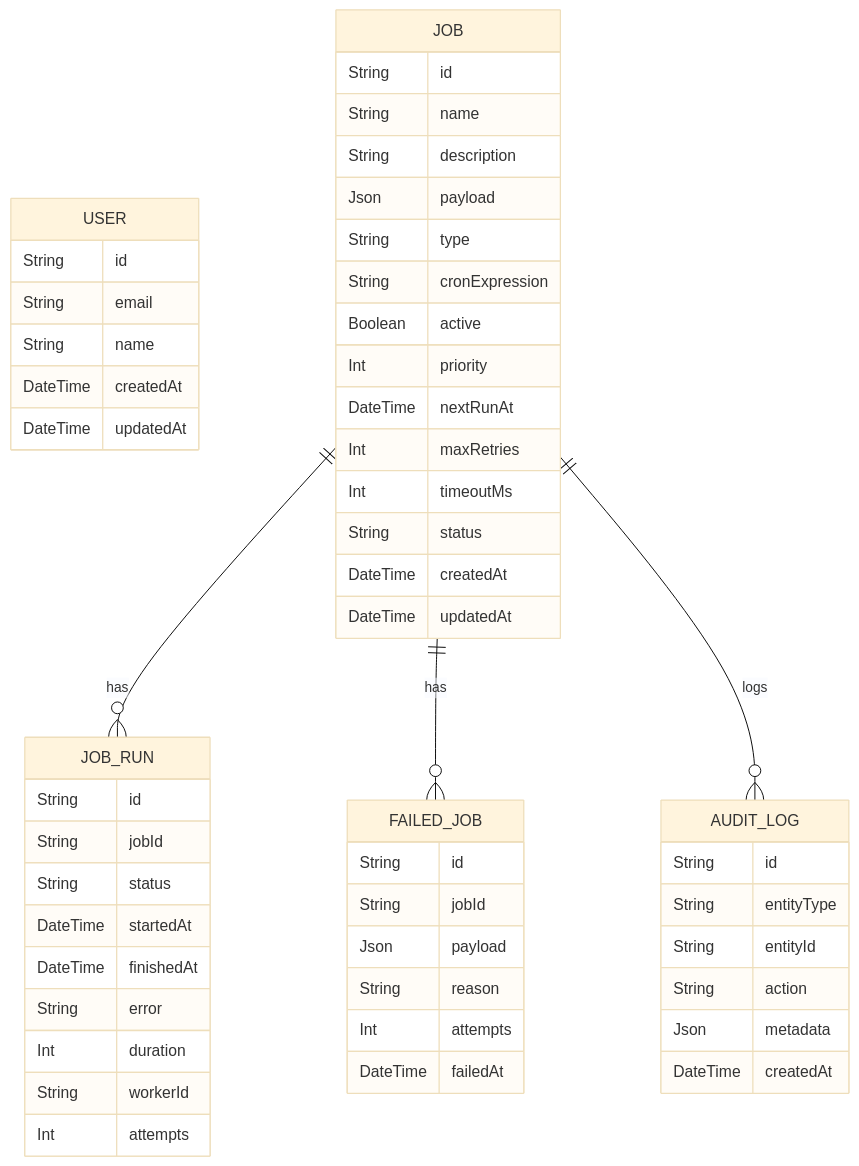
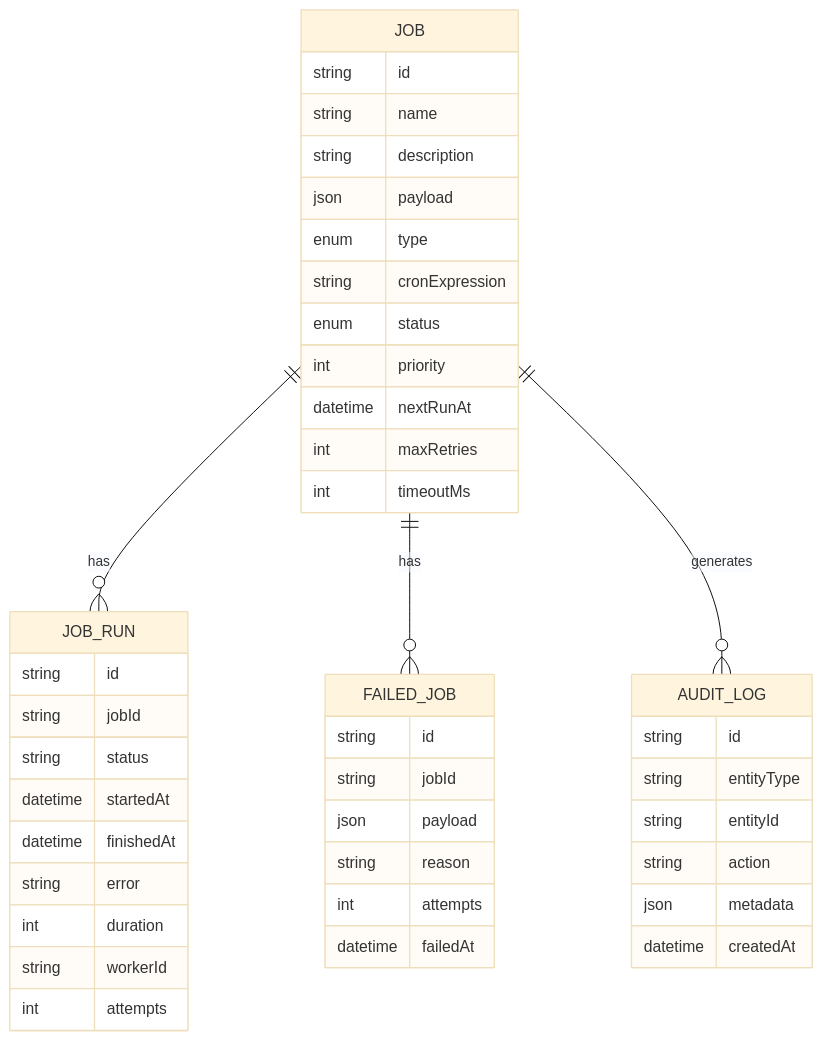
Before and after one commit to Steel-roger-moondradev/distributed_job_scheduler: the seventh of 13 diagrams in README.md, drawn with Mermaid (base theme). The commit also changed other lines of this file, not shown here.

````diff
--- a/README.md
+++ b/README.md
@@ -285,61 +367,47 @@
 ```mermaid
 erDiagram
-  USER {
-    String id
-    String email
-    String name
-    DateTime createdAt
-    DateTime updatedAt
-  }
+    JOB ||--o{ JOB_RUN : has
+    JOB ||--o{ FAILED_JOB : has
+    JOB ||--o{ AUDIT_LOG : generates
 
-  JOB {
-    String id
-    String name
-    String description
-    Json payload
-    String type
-    String cronExpression
-    Boolean active
-    Int priority
-    DateTime nextRunAt
-    Int maxRetries
-    Int timeoutMs
-    String status
-    DateTime createdAt
-    DateTime updatedAt
-  }
-
-  JOB_RUN {
-    String id
-    String jobId
-    String status
-    DateTime startedAt
-    DateTime finishedAt
-    String error
-    Int duration
-    String workerId
-    Int attempts
-  }
-
-  FAILED_JOB {
-    String id
-    String jobId
-    Json payload
-    String reason
-    Int attempts
-    DateTime failedAt
-  }
-
-  AUDIT_LOG {
-    String id
-    String entityType
-    String entityId
-    String action
-    Json metadata
-    DateTime createdAt
-  }
-
-  JOB ||--o{ JOB_RUN : has
-  JOB ||--o{ FAILED_JOB : has
-  JOB ||--o{ AUDIT_LOG : logs
+    JOB {
+        string id
+        string name
+        string description
+        json payload
+        enum type
+        string cronExpression
+        enum status
+        int priority
+        datetime nextRunAt
+        int maxRetries
+        int timeoutMs
+    }
+    JOB_RUN {
+        string id
+        string jobId
+        string status
+        datetime startedAt
+        datetime finishedAt
+        string error
+        int duration
+        string workerId
+        int attempts
+    }
+    FAILED_JOB {
+        string id
+        string jobId
+        json payload
+        string reason
+        int attempts
+        datetime failedAt
+    }
+    AUDIT_LOG {
+        string id
+        string entityType
+        string entityId
+        string action
+        json metadata
+        datetime createdAt
+    }
 ```
````
